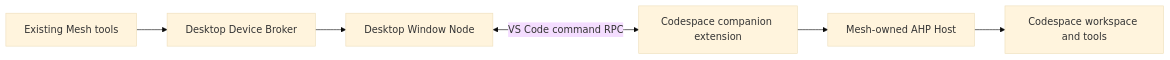
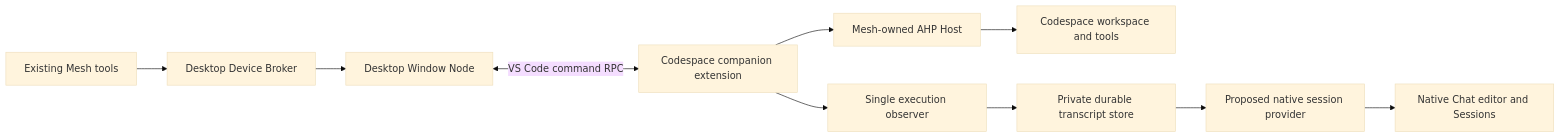
Before and after one commit to weivea/copilot-agent-mesh: the diagram in docs/desktop-codespaces.md, drawn with Mermaid (base theme). The commit also changed other lines of this file and 32 other files, not shown here.

First line of the commit message:
Add native Codespaces Chat and session history

````diff
--- a/docs/desktop-codespaces.md
+++ b/docs/desktop-codespaces.md
@@ -18,8 +22,12 @@
 ```mermaid
 flowchart LR
     tools[Existing Mesh tools] --> broker[Desktop Device Broker]
     broker --> node[Desktop Window Node]
     node <-->|VS Code command RPC| helper[Codespace companion extension]
     helper --> host[Mesh-owned AHP Host]
     host --> workspace[Codespace workspace and tools]
+    helper --> observer[Single execution observer]
+    observer --> history[Private durable transcript store]
+    history --> provider[Proposed native session provider]
+    provider --> chat[Native Chat editor and Sessions]
 ```
````
